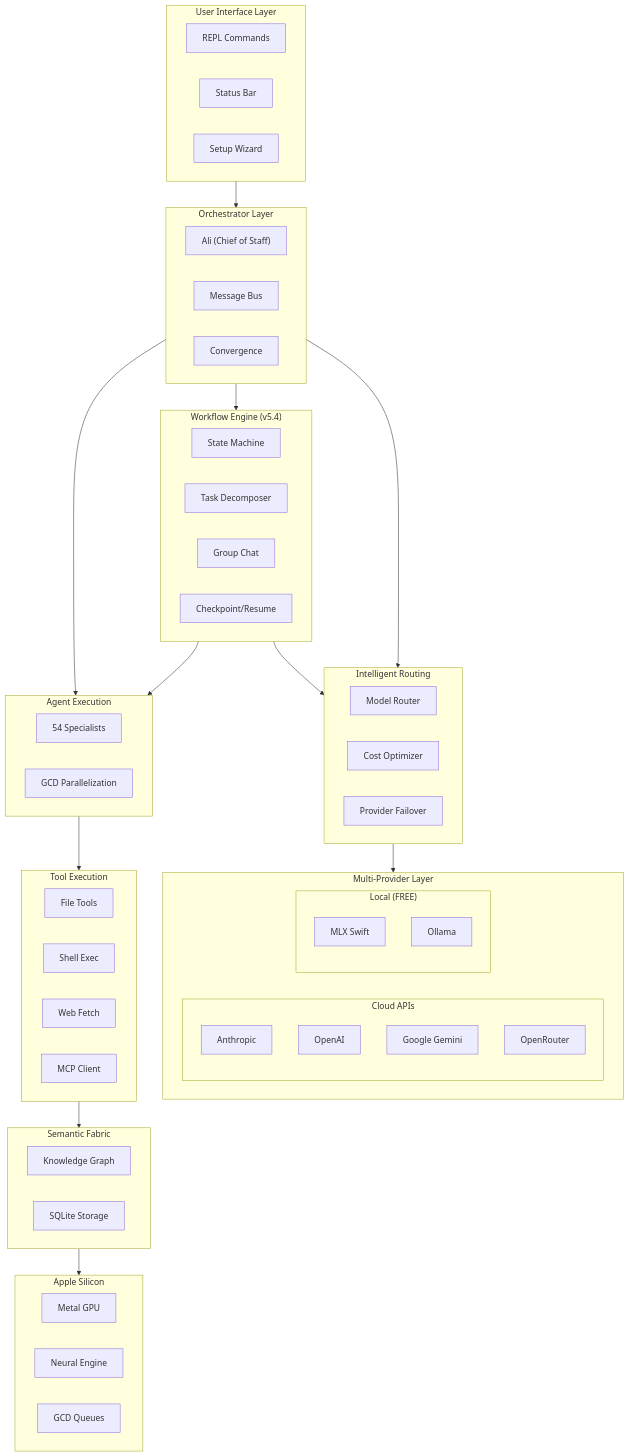
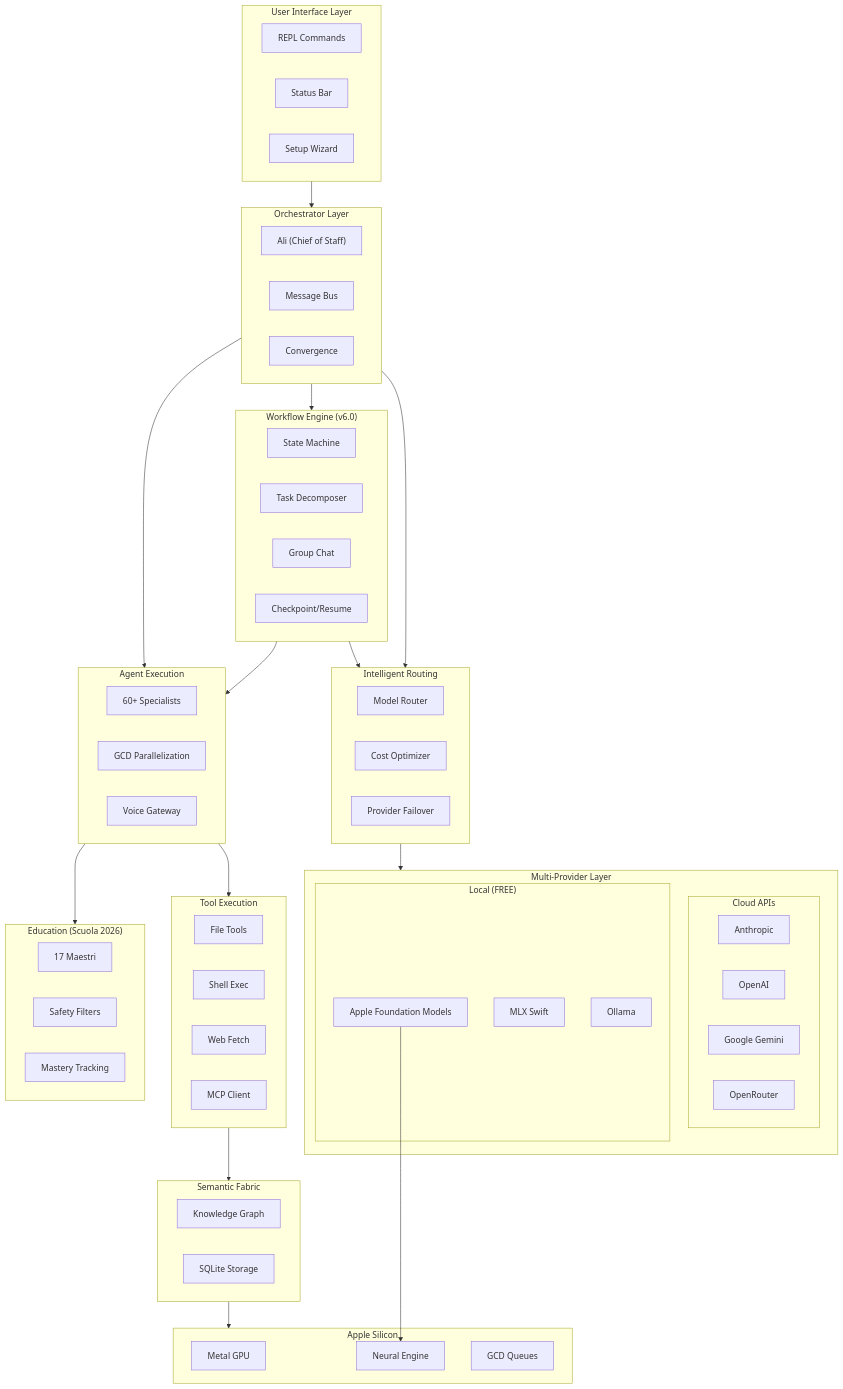
The diagram in README.md (Roberdan/convergio-cli), drawn with Mermaid before and after one commit. The commit also changed other lines of this file, not shown here.

````diff
--- a/README.md
+++ b/README.md
@@ -931,7 +935,7 @@
         Conv["Convergence"]
     end
 
-    subgraph WORKFLOW["Workflow Engine (v5.4)"]
+    subgraph WORKFLOW["Workflow Engine (v6.0)"]
         StateMachine["State Machine"]
         TaskDecomp["Task Decomposer"]
         GroupChat["Group Chat"]
@@ -952,14 +956,16 @@
             OpenRouter["OpenRouter"]
         end
         subgraph Local["Local (FREE)"]
+            AFM["Apple Foundation Models"]
             MLX["MLX Swift"]
             Ollama["Ollama"]
         end
     end
 
     subgraph AGENTS["Agent Execution"]
-        AgentPool["54 Specialists"]
+        AgentPool["60+ Specialists"]
         GCD["GCD Parallelization"]
+        VoiceGW["Voice Gateway"]
     end
 
     subgraph TOOLS["Tool Execution"]
@@ -972,6 +978,12 @@
     subgraph FABRIC["Semantic Fabric"]
         SemanticGraph["Knowledge Graph"]
         SQLite["SQLite Storage"]
+    end
+
+    subgraph EDU["Education (Scuola 2026)"]
+        Maestri["17 Maestri"]
+        SafetyFilter["Safety Filters"]
+        MasteryTracker["Mastery Tracking"]
     end
 
     subgraph SILICON["Apple Silicon"]
@@ -988,6 +1000,8 @@
     ORCH --> AGENTS
     WORKFLOW --> AGENTS
     AGENTS --> TOOLS
+    AGENTS --> EDU
     TOOLS --> FABRIC
     FABRIC --> SILICON
+    AFM --> NeuralEngine
 ```
````
